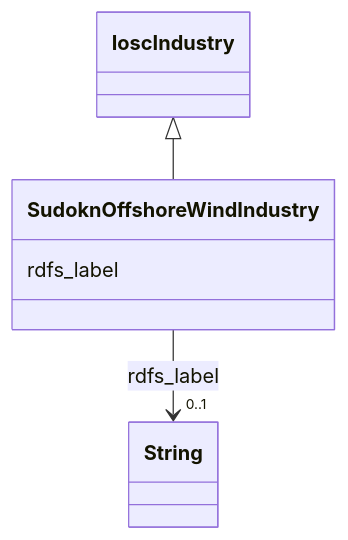
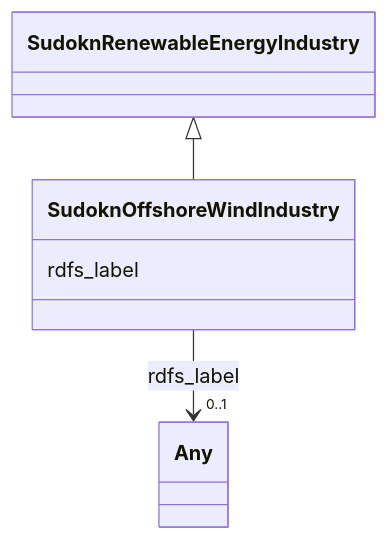
Before and after one commit to frink-okn/graph-descriptions: the diagram in sudokn-kg/classes/SudoknOffshoreWindIndustry.md, drawn with Mermaid. The commit also changed other lines of this file and 903 other files, not shown here.

````diff
--- a/sudokn-kg/classes/SudoknOffshoreWindIndustry.md
+++ b/sudokn-kg/classes/SudoknOffshoreWindIndustry.md
@@ -23,18 +18,18 @@
 ```mermaid
  classDiagram
     class SudoknOffshoreWindIndustry
     click SudoknOffshoreWindIndustry href "../SudoknOffshoreWindIndustry"
-      IoscIndustry <|-- SudoknOffshoreWindIndustry
-        click IoscIndustry href "../IoscIndustry"
+      SudoknRenewableEnergyIndustry <|-- SudoknOffshoreWindIndustry
+        click SudoknRenewableEnergyIndustry href "../SudoknRenewableEnergyIndustry"
       
       SudoknOffshoreWindIndustry : rdfs_label
         
           
     
     
-    SudoknOffshoreWindIndustry --> "0..1" String : rdfs_label
-    click String href "../String"
+    SudoknOffshoreWindIndustry --> "0..1" Any : rdfs_label
+    click Any href "../Any"
 
         
       
 ```
````
